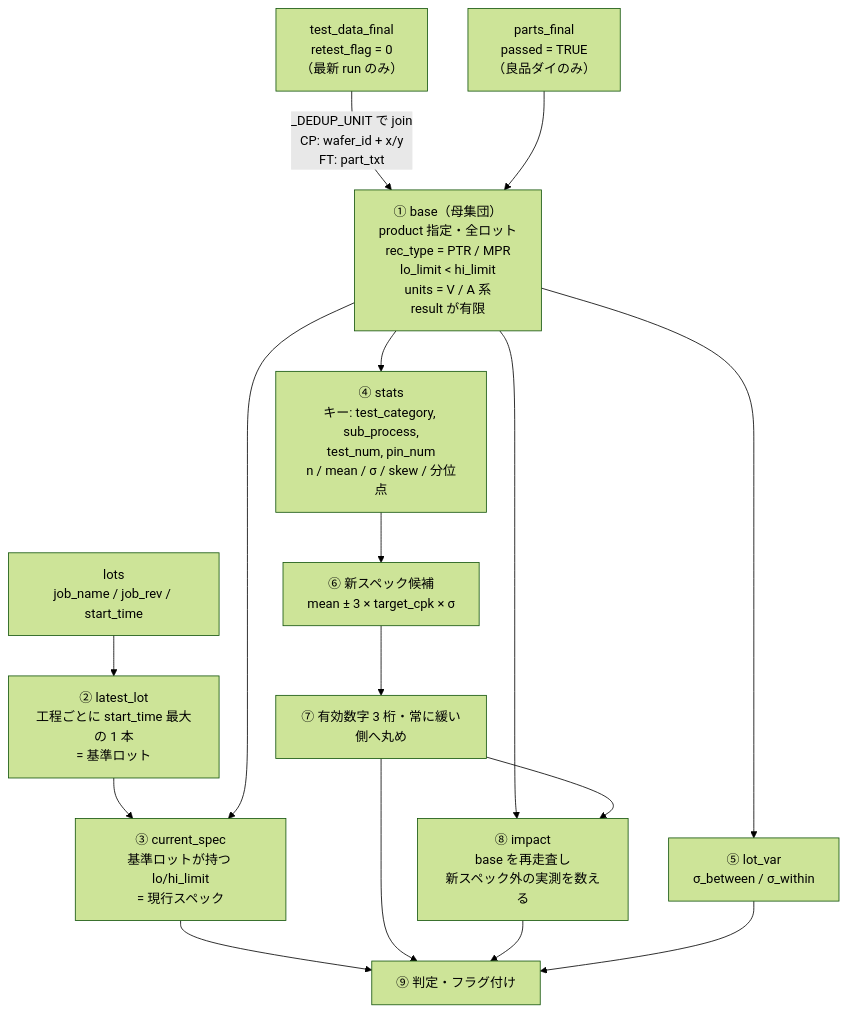
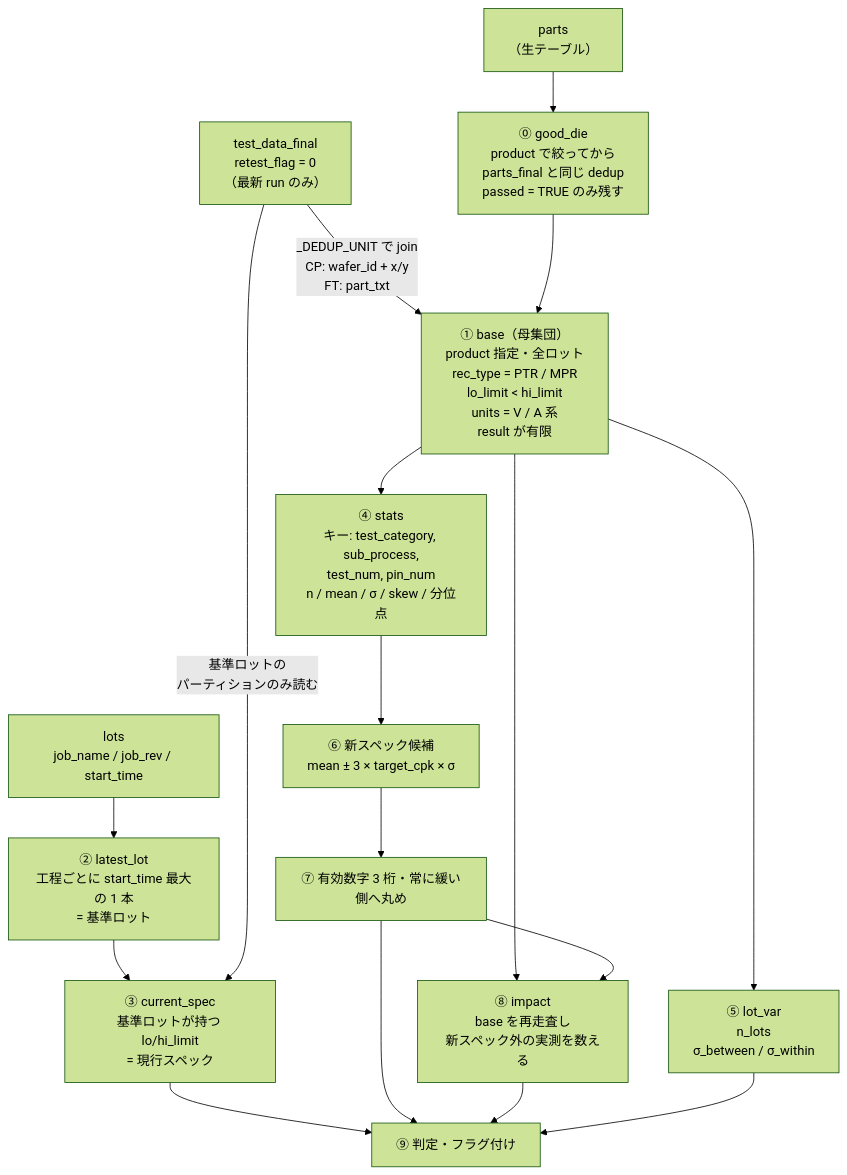
One commit to Kei0bb/STDF changed the first of 2 diagrams in docs/sample_queries.md. Above: the diagram before and after it, drawn with Mermaid (forest theme). The commit also changed other lines of this file, not shown here.

First line of the commit message:
perf: sample query 8-2 — parts_final の全製品スキャンを回避

````diff
--- a/docs/sample_queries.md
+++ b/docs/sample_queries.md
@@ -695,29 +695,31 @@
 ```mermaid
 flowchart TD
     TD["test_data_final<br/>retest_flag = 0<br/>（最新 run のみ）"]
-    PF["parts_final<br/>passed = TRUE<br/>（良品ダイのみ）"]
+    PA["parts<br/>（生テーブル）"]
     LO["lots<br/>job_name / job_rev / start_time"]
 
+    PA --> GD["⓪ good_die<br/>product で絞ってから<br/>parts_final と同じ dedup<br/>passed = TRUE のみ残す"]
+
     TD -->|"_DEDUP_UNIT で join<br/>CP: wafer_id + x/y<br/>FT: part_txt"| BASE
-    PF --> BASE
+    GD --> BASE
 
     BASE["① base（母集団）<br/>product 指定・全ロット<br/>rec_type = PTR / MPR<br/>lo_limit &lt; hi_limit<br/>units = V / A 系<br/>result が有限"]
 
     LO --> LL["② latest_lot<br/>工程ごとに start_time 最大の 1 本<br/>= 基準ロット"]
     LL --> CS["③ current_spec<br/>基準ロットが持つ lo/hi_limit<br/>= 現行スペック"]
-    BASE --> CS
+    TD -->|"基準ロットの<br/>パーティションのみ読む"| CS
 
     BASE --> ST["④ stats<br/>キー: test_category, sub_process,<br/>test_num, pin_num<br/>n / mean / σ / skew / 分位点"]
-    BASE --> LV["⑤ lot_var<br/>σ_between / σ_within"]
+    BASE --> LV["⑤ lot_var<br/>n_lots<br/>σ_between / σ_within"]
 
     ST --> CAND["⑥ 新スペック候補<br/>mean ± 3 × target_cpk × σ"]
     CAND --> RND["⑦ 有効数字 3 桁・常に緩い側へ丸め"]
 
     BASE --> IMP["⑧ impact<br/>base を再走査し<br/>新スペック外の実測を数える"]
     RND --> IMP
 
     CS --> JUDGE["⑨ 判定・フラグ付け"]
     RND --> JUDGE
     IMP --> JUDGE
     LV --> JUDGE
 ```
````
